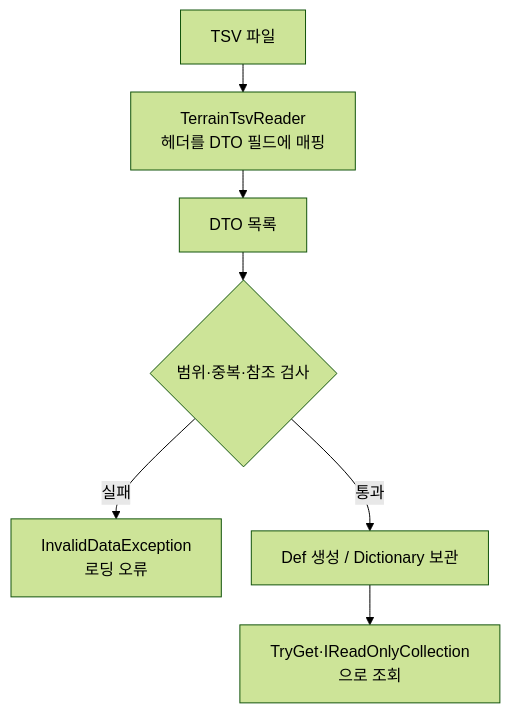
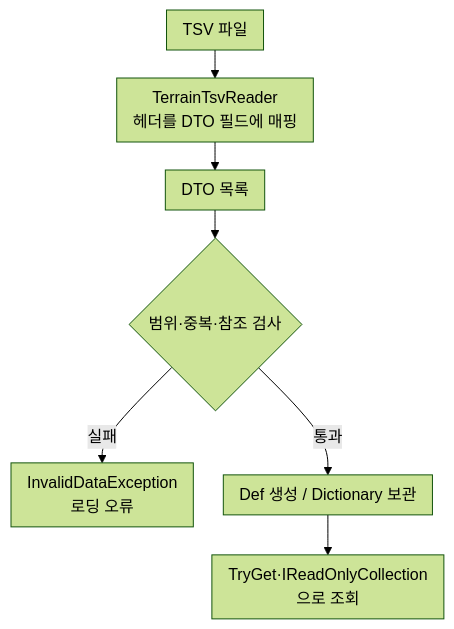
The fifth of 10 diagrams in src/3-Folk-Sack/TechDoc_FolkSack.md (keeeery/portfolio), drawn with Mermaid (forest theme) before and after one commit. The commit also changed other lines of this file and 13 other files, not shown here.

Commit message:
기술 문서: 다이어그램 다듬기와 부가 설명 문구 통일, Arcanist 구조도를 전투·카드 개요로, ODDITY 보스 장 정리와 염동력 시연 GIF, 코드 발췌 머리 주석 통일, 데이터 다시 빌드

````diff
--- a/src/3-Folk-Sack/TechDoc_FolkSack.md
+++ b/src/3-Folk-Sack/TechDoc_FolkSack.md
@@ -240,10 +275,11 @@
 ```mermaid
-%%{init: {"flowchart": {"rankSpacing": 28, "nodeSpacing": 30}}}%%
+%%{init: {"flowchart": {"rankSpacing": 28, "nodeSpacing": 30, "padding": 8}}}%%
 flowchart TB
     TSV["TSV 파일"] --> Reader["TerrainTsvReader<br/>헤더를 DTO 필드에 매핑"]
     Reader --> DTO["DTO 목록"]
     DTO --> Check{"범위·중복·참조 검사"}
     Check -->|실패| Error["InvalidDataException<br/>로딩 오류"]
     Check -->|통과| Def["Def 생성 / Dictionary 보관"]
     Def --> Use["TryGet·IReadOnlyCollection으로 조회"]
+%% 격자: TSV - | Reader - | DTO - | Check Error | Def - | Use -
 ```
````
